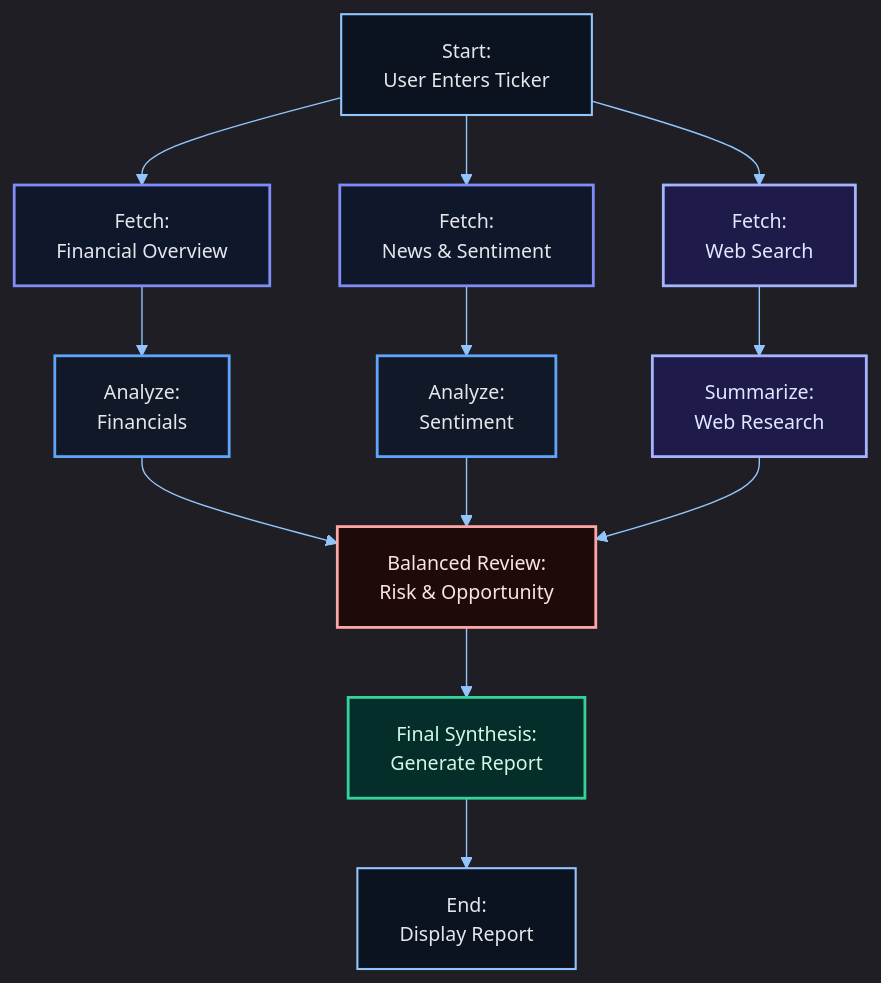
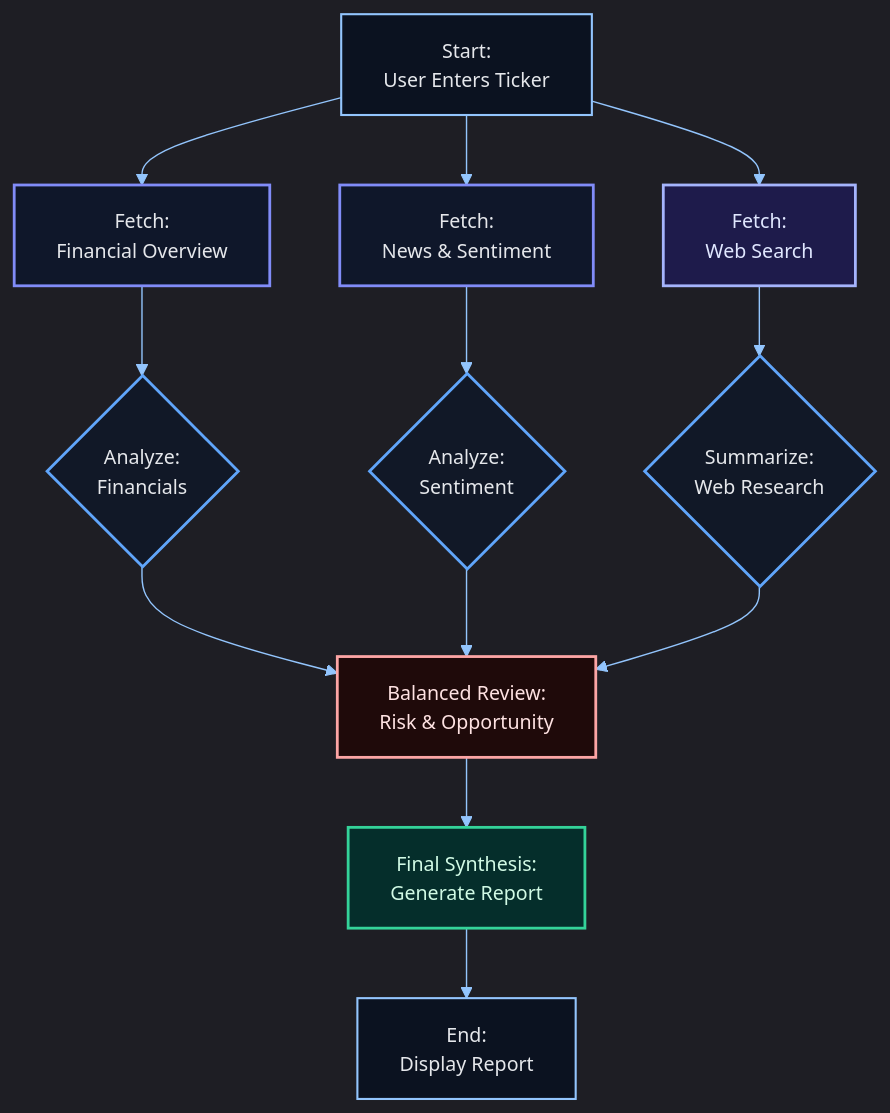
The diagram in README.md (ChidambaraRaju/capital-compass), drawn with Mermaid before and after one commit.

````diff
--- a/README.md
+++ b/README.md
@@ -89,45 +89,46 @@
 ```mermaid
 %%{init: {
   "theme": "dark",
   "themeVariables": {
     "primaryColor": "#0b1220",
     "primaryTextColor": "#E5E7EB",
     "primaryBorderColor": "#93C5FD",
     "lineColor": "#93C5FD",
     "tertiaryColor": "#111827",
     "fontSize": "14px",
     "fontFamily": "Inter, ui-sans-serif, system-ui, -apple-system, Segoe UI, Roboto"
   }
 }}%%
 
 graph TD
     A[Start:<br/>User Enters Ticker] --> B[Fetch:<br/>Financial Overview]
     A --> C[Fetch:<br/>News & Sentiment]
     A --> I[Fetch:<br/>Web Search]
 
-    B --> D[Analyze:<br/>Financials]
-    C --> E[Analyze:<br/>Sentiment]
-    I --> J[Summarize:<br/>Web Research]
+    B --> D{Analyze:<br/>Financials}
+    C --> E{Analyze:<br/>Sentiment}
+    I --> J{Summarize:<br/>Web Research}
 
     D --> F[Balanced Review:<br/>Risk & Opportunity]
     E --> F
     J --> F
 
     F --> G[Final Synthesis:<br/>Generate Report]
     G --> H[End:<br/>Display Report]
 
     %% Dark-friendly styles
     classDef fetch fill:#0F172A,stroke:#818CF8,color:#E5E7EB,stroke-width:2px
     classDef websearch fill:#1E1B4B,stroke:#A5B4FC,color:#E0E7FF,stroke-width:2px
     classDef analyze fill:#111827,stroke:#60A5FA,color:#E5E7EB,stroke-width:2px
     classDef critic fill:#1F0A0A,stroke:#FCA5A5,color:#FEE2E2,stroke-width:2px
     classDef final fill:#052E2B,stroke:#34D399,color:#D1FAE5,stroke-width:2px
     classDef default fill:#0B1220,stroke:#93C5FD,color:#E5E7EB,stroke-width:1.5px
 
     class B,C fetch
-    class I,J websearch
+    class I websearch
+    class J analyze
     class D,E analyze
     class F critic
     class G final
 
 ```
````
